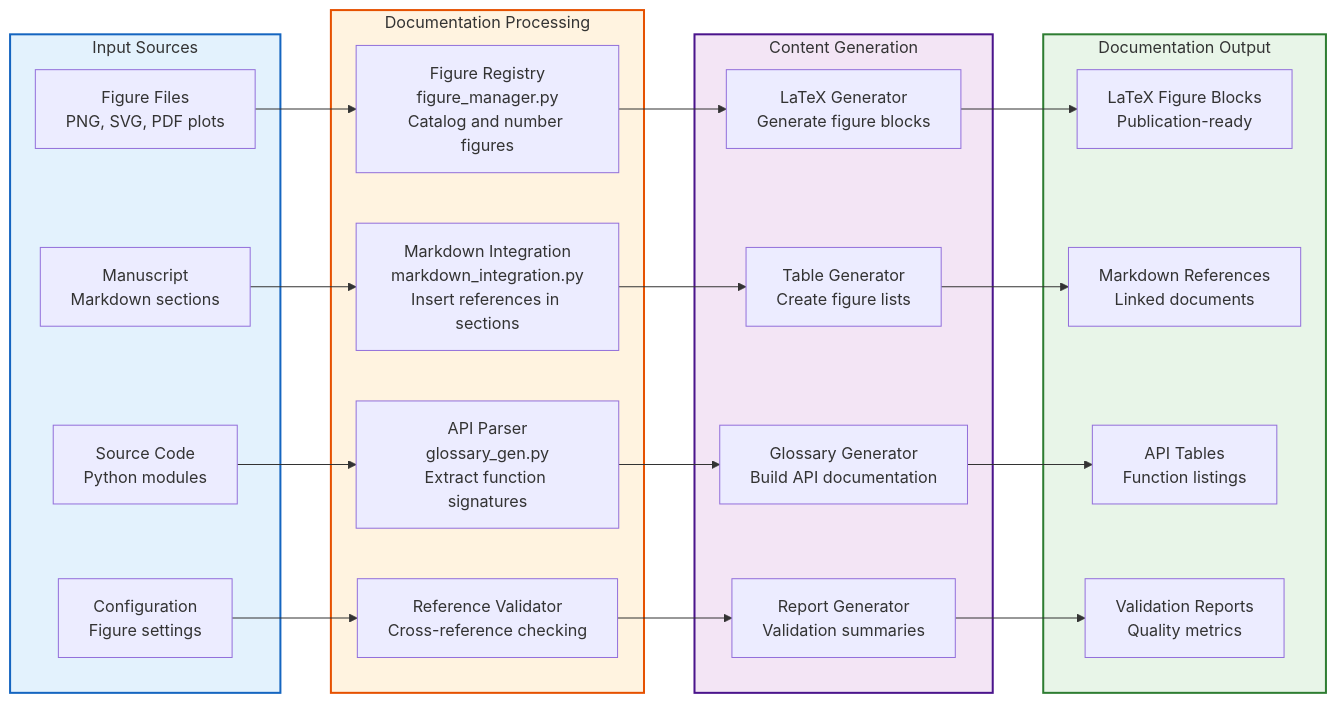
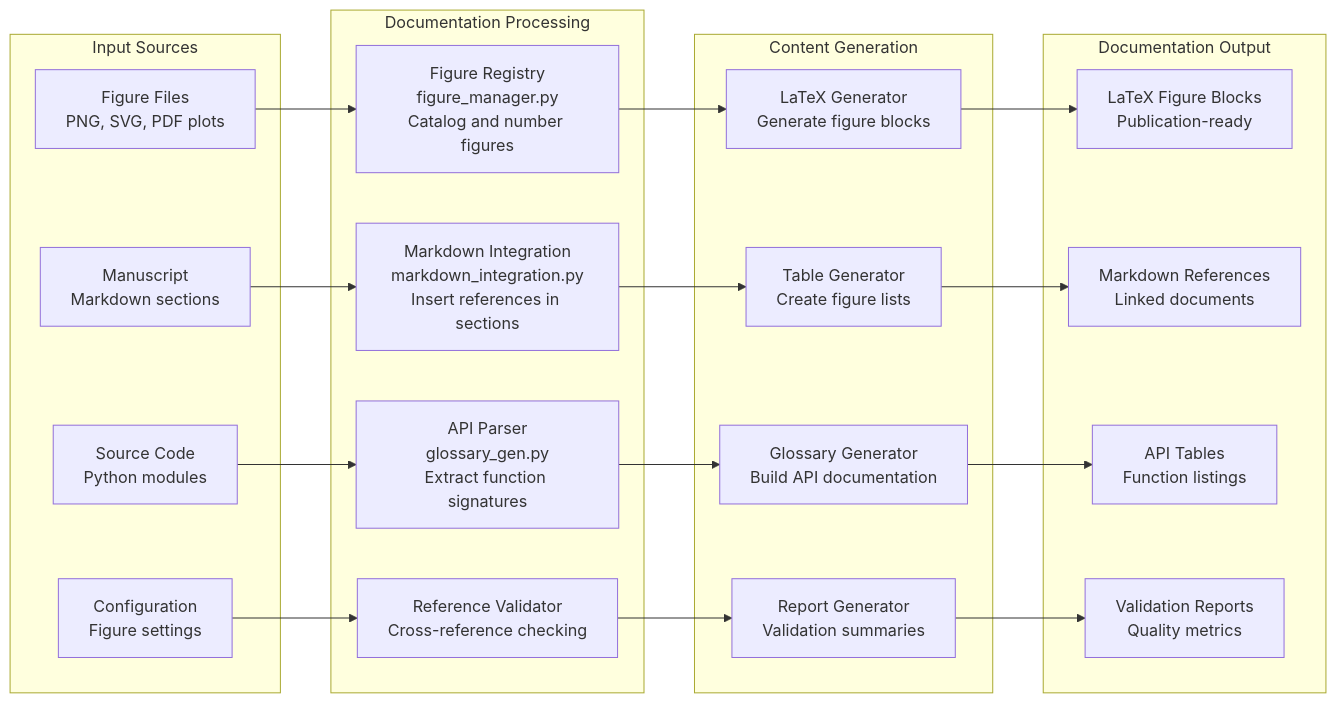
Before and after one commit to docxology/template: the second of 3 diagrams in infrastructure/documentation/README.md, drawn with Mermaid. The commit also changed other lines of this file and 243 other files, not shown here.

````diff
--- a/infrastructure/documentation/README.md
+++ b/infrastructure/documentation/README.md
@@ -57,55 +53,50 @@
 ```mermaid
 flowchart LR
     subgraph Sources["Input Sources"]
         FIGURES[Figure Files<br/>PNG, SVG, PDF plots]
         SRC_CODE[Source Code<br/>Python modules]
         MANUSCRIPT[Manuscript<br/>Markdown sections]
         CONFIG[Configuration<br/>Figure settings]
     end
 
     subgraph Processing["Documentation Processing"]
         REGISTRY[Figure Registry<br/>figure_manager.py<br/>Catalog and number figures]
         INTEGRATION[Markdown Integration<br/>markdown_integration.py<br/>Insert references in sections]
         API_PARSER[API Parser<br/>glossary_gen.py<br/>Extract function signatures]
         VALIDATOR[Reference Validator<br/>Cross-reference checking]
     end
 
     subgraph Generation["Content Generation"]
         LATEX_GEN[LaTeX Generator<br/>Generate figure blocks]
         TABLE_GEN[Table Generator<br/>Create figure lists]
         GLOSSARY_GEN[Glossary Generator<br/>Build API documentation]
         REPORT_GEN[Report Generator<br/>Validation summaries]
     end
 
     subgraph Output["Documentation Output"]
         LATEX_BLOCKS[LaTeX Figure Blocks<br/>Publication-ready]
         MD_REFS[Markdown References<br/>Linked documents]
         API_TABLES[API Tables<br/>Function listings]
         VALIDATION[Validation Reports<br/>Quality metrics]
     end
 
     FIGURES --> REGISTRY
     SRC_CODE --> API_PARSER
     MANUSCRIPT --> INTEGRATION
     CONFIG --> VALIDATOR
 
     REGISTRY --> LATEX_GEN
     INTEGRATION --> TABLE_GEN
     API_PARSER --> GLOSSARY_GEN
     VALIDATOR --> REPORT_GEN
 
     LATEX_GEN --> LATEX_BLOCKS
     TABLE_GEN --> MD_REFS
     GLOSSARY_GEN --> API_TABLES
     REPORT_GEN --> VALIDATION
 
-    classDef sources fill:#e3f2fd,stroke:#1565c0,stroke-width:2px
-    classDef processing fill:#fff3e0,stroke:#e65100,stroke-width:2px
-    classDef generation fill:#f3e5f5,stroke:#4a148c,stroke-width:2px
-    classDef output fill:#e8f5e8,stroke:#2e7d32,stroke-width:2px
-
     class Sources sources
     class Processing processing
     class Generation generation
     class Output output
 ```
````
